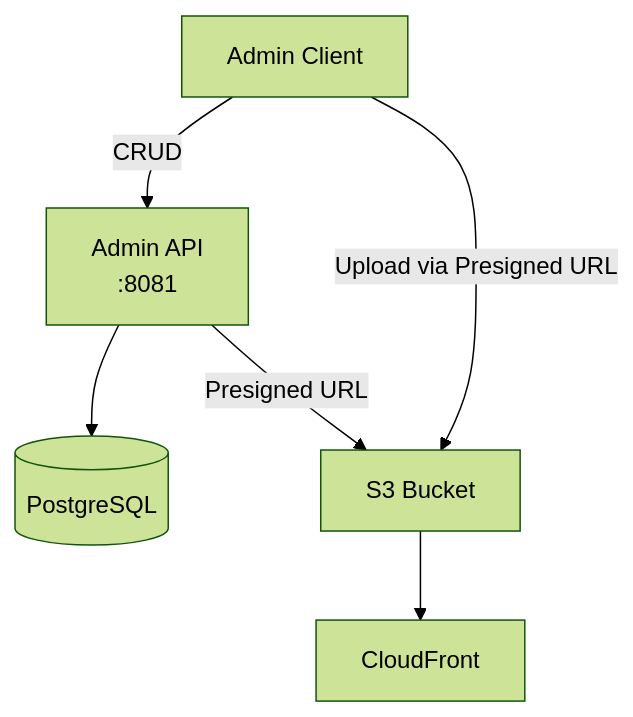
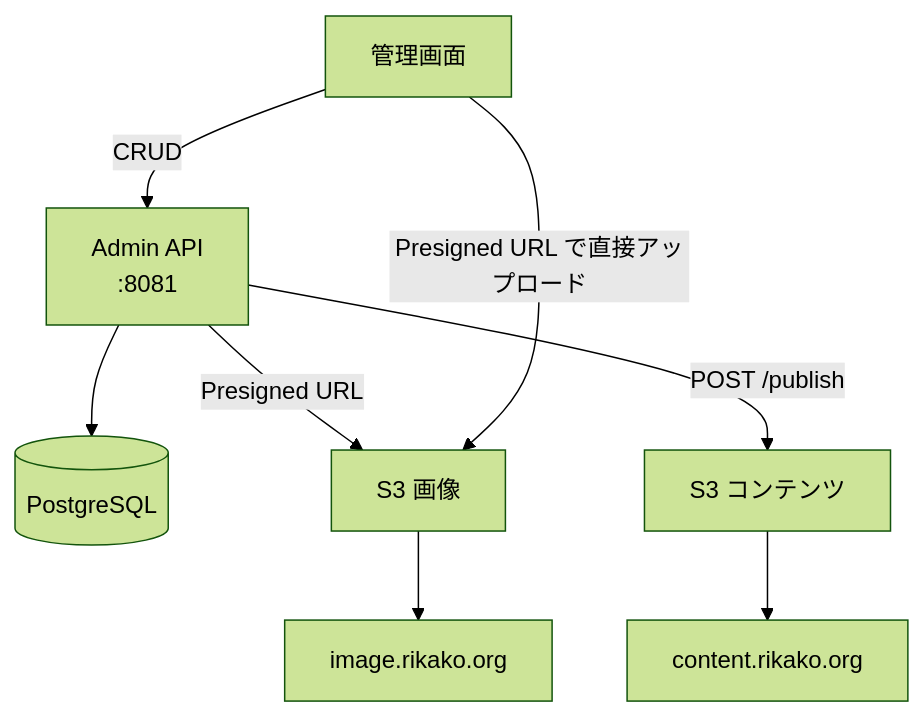
One commit to takoikatakotako/rikako changed the first of 2 diagrams in docs/admin-api.md. Above: the diagram before and after it, drawn with Mermaid (forest theme). The commit also changed other lines of this file and 4 other files, not shown here.

````diff
--- a/docs/admin-api.md
+++ b/docs/admin-api.md
@@ -124,8 +186,10 @@
 ```mermaid
 graph TB
-    Admin[Admin Client] -->|CRUD| AdminAPI[Admin API<br/>:8081]
+    Admin[管理画面] -->|CRUD| AdminAPI["Admin API<br/>:8081"]
     AdminAPI --> DB[(PostgreSQL)]
-    AdminAPI -->|Presigned URL| S3[S3 Bucket]
-    Admin -->|Upload via Presigned URL| S3
-    S3 --> CF[CloudFront]
+    AdminAPI -->|Presigned URL| S3["S3 画像"]
+    AdminAPI -->|"POST /publish"| ContentS3["S3 コンテンツ"]
+    Admin -->|Presigned URL で直接アップロード| S3
+    S3 --> CF["image.rikako.org"]
+    ContentS3 --> ContentCF["content.rikako.org"]
 ```
````
